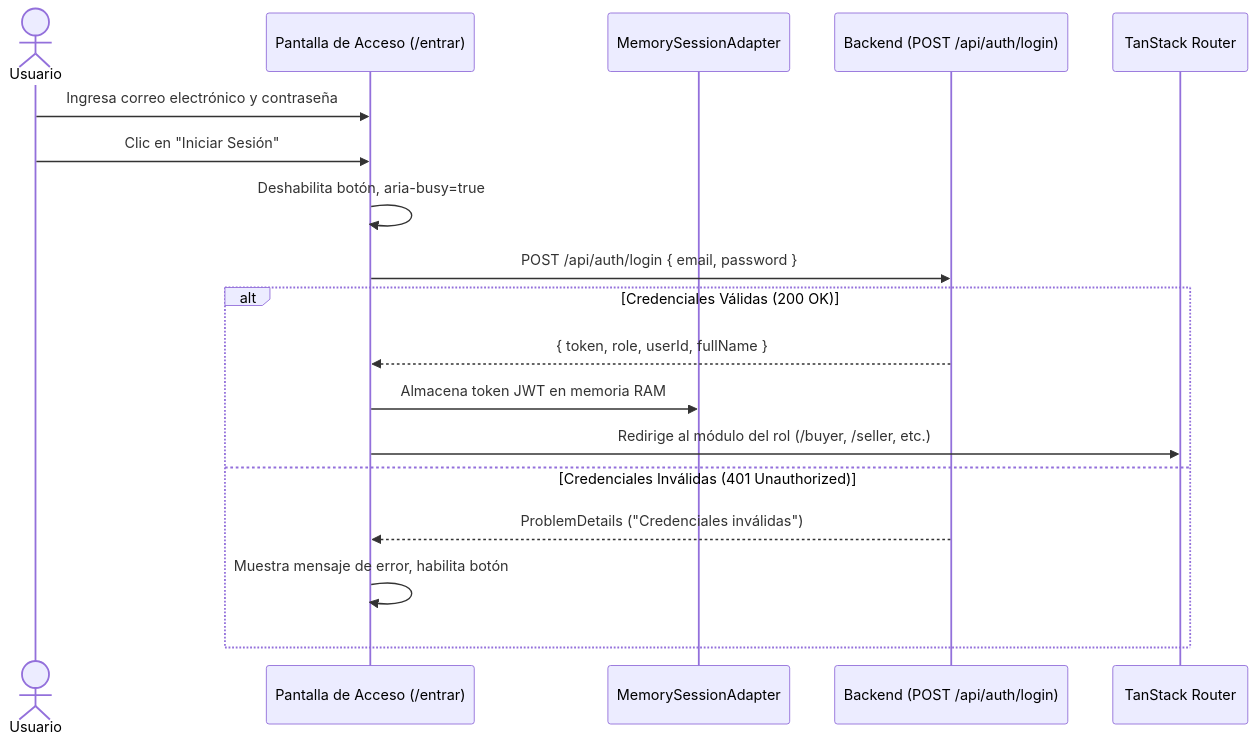
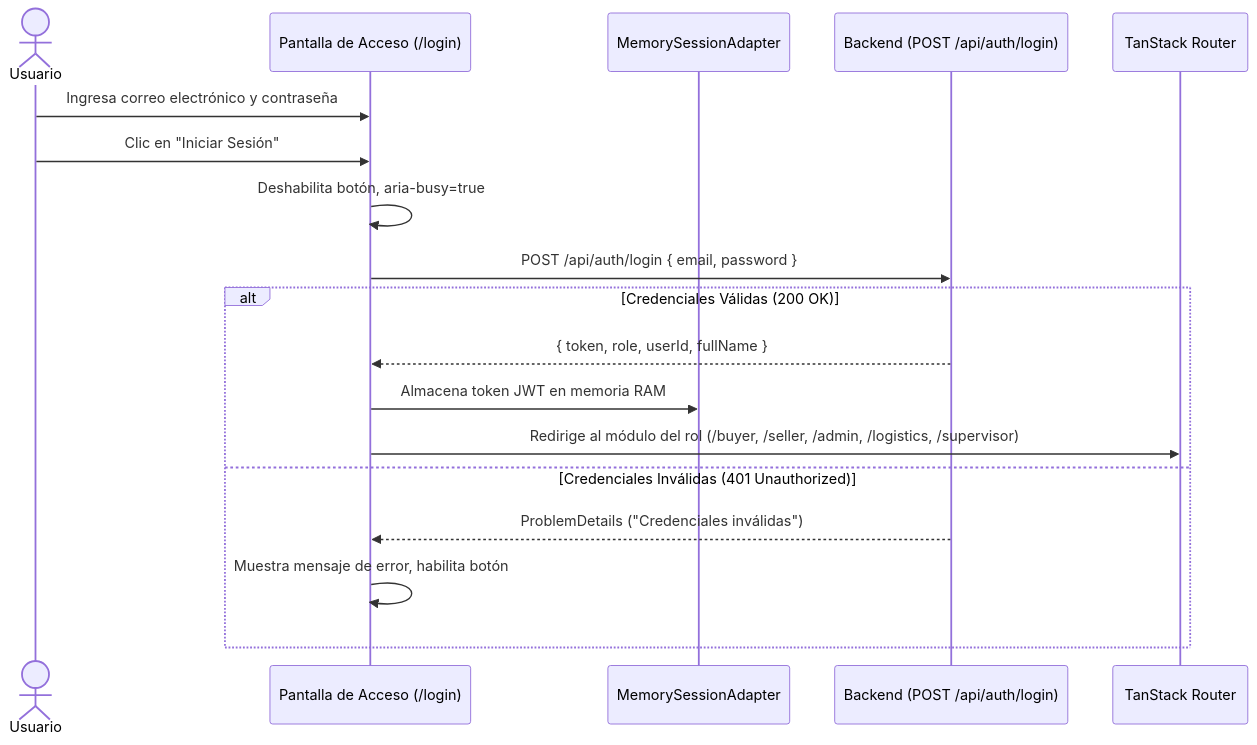
Before and after one commit to D-MachadoDev/Zentric: the first of 4 diagrams in frontendSDD/Frontend-User-Flows.md, drawn with Mermaid. The commit also changed other lines of this file and 12 other files, not shown here.

````diff
--- a/frontendSDD/Frontend-User-Flows.md
+++ b/frontendSDD/Frontend-User-Flows.md
@@ -28,21 +28,21 @@
 ```mermaid
 sequenceDiagram
     actor Usuario
-    participant UI as Pantalla de Acceso (/entrar)
+    participant UI as Pantalla de Acceso (/login)
     participant Session as MemorySessionAdapter
     participant API as Backend (POST /api/auth/login)
     participant Router as TanStack Router
 
     Usuario->>UI: Ingresa correo electrónico y contraseña
     Usuario->>UI: Clic en "Iniciar Sesión"
     UI->>UI: Deshabilita botón, aria-busy=true
     UI->>API: POST /api/auth/login { email, password }
     alt Credenciales Válidas (200 OK)
         API-->>UI: { token, role, userId, fullName }
         UI->>Session: Almacena token JWT en memoria RAM
-        UI->>Router: Redirige al módulo del rol (/buyer, /seller, etc.)
+        UI->>Router: Redirige al módulo del rol (/buyer, /seller, /admin, /logistics, /supervisor)
     else Credenciales Inválidas (401 Unauthorized)
         API-->>UI: ProblemDetails ("Credenciales inválidas")
         UI->>UI: Muestra mensaje de error, habilita botón
     end
 ```
````
